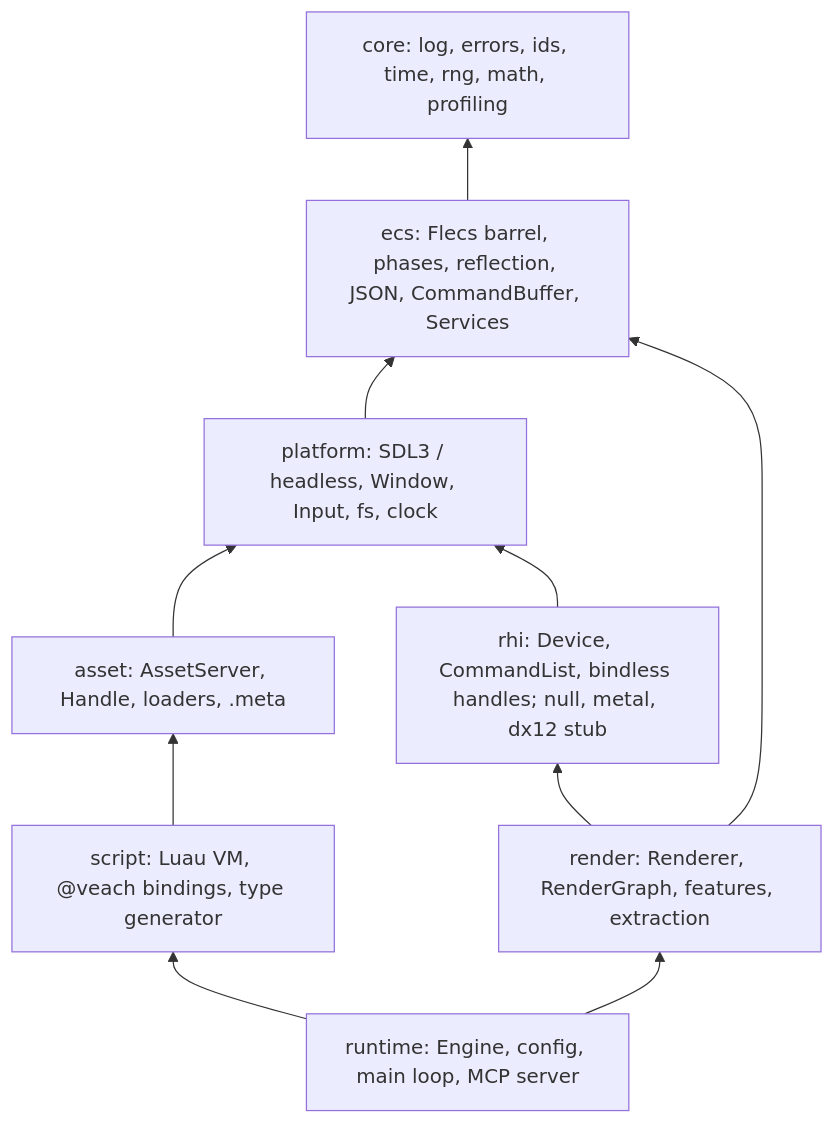
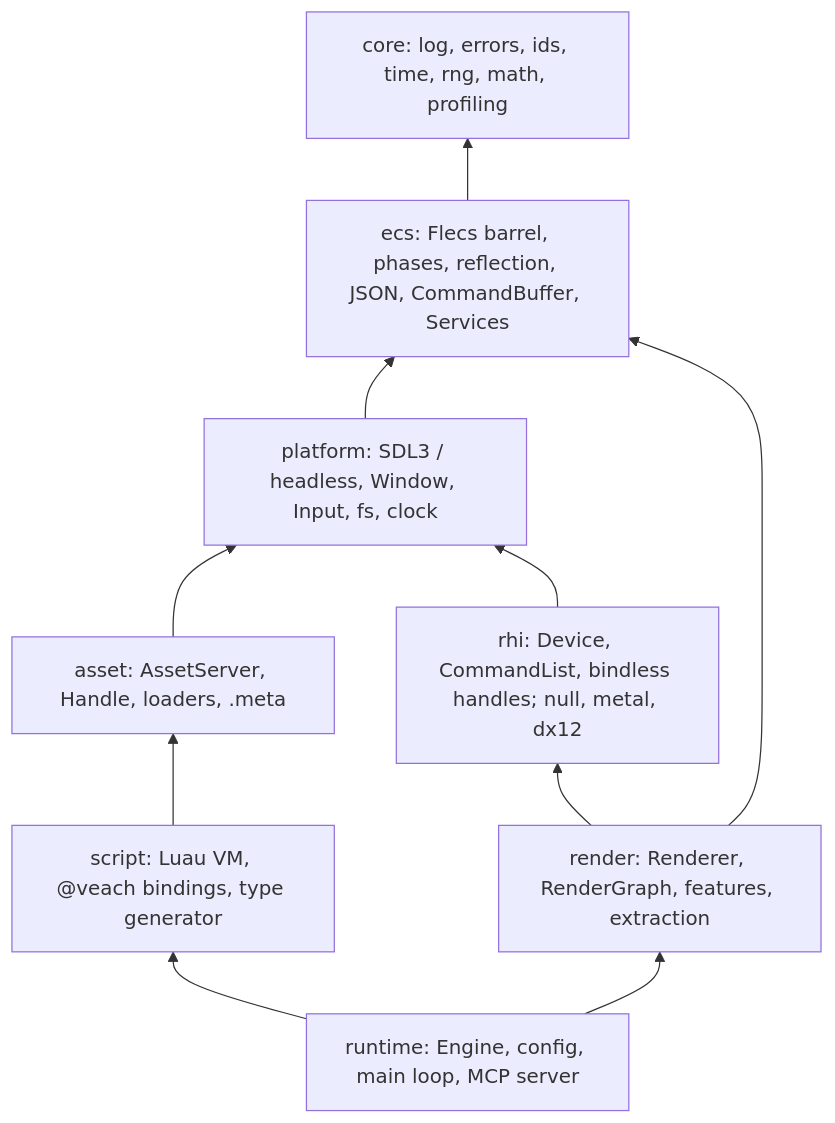
Before and after one commit to pdcamargo/veach: the first of 2 diagrams in docs/ARCHITECTURE.md, drawn with Mermaid. The commit also changed 10 other files, not shown here.

````diff
--- a/docs/ARCHITECTURE.md
+++ b/docs/ARCHITECTURE.md
@@ -47,20 +47,20 @@
 ```mermaid
 flowchart BT
     core["core: log, errors, ids, time, rng, math, profiling"]
     ecs["ecs: Flecs barrel, phases, reflection, JSON, CommandBuffer, Services"]
     platform["platform: SDL3 / headless, Window, Input, fs, clock"]
     asset["asset: AssetServer, Handle, loaders, .meta"]
     script["script: Luau VM, @veach bindings, type generator"]
-    rhi["rhi: Device, CommandList, bindless handles; null, metal, dx12 stub"]
+    rhi["rhi: Device, CommandList, bindless handles; null, metal, dx12"]
     render["render: Renderer, RenderGraph, features, extraction"]
     runtime["runtime: Engine, config, main loop, MCP server"]
     ecs --> core
     platform --> ecs
     asset --> platform
     script --> asset
     rhi --> platform
     render --> rhi
     render --> ecs
     runtime --> script
     runtime --> render
 ```
````
